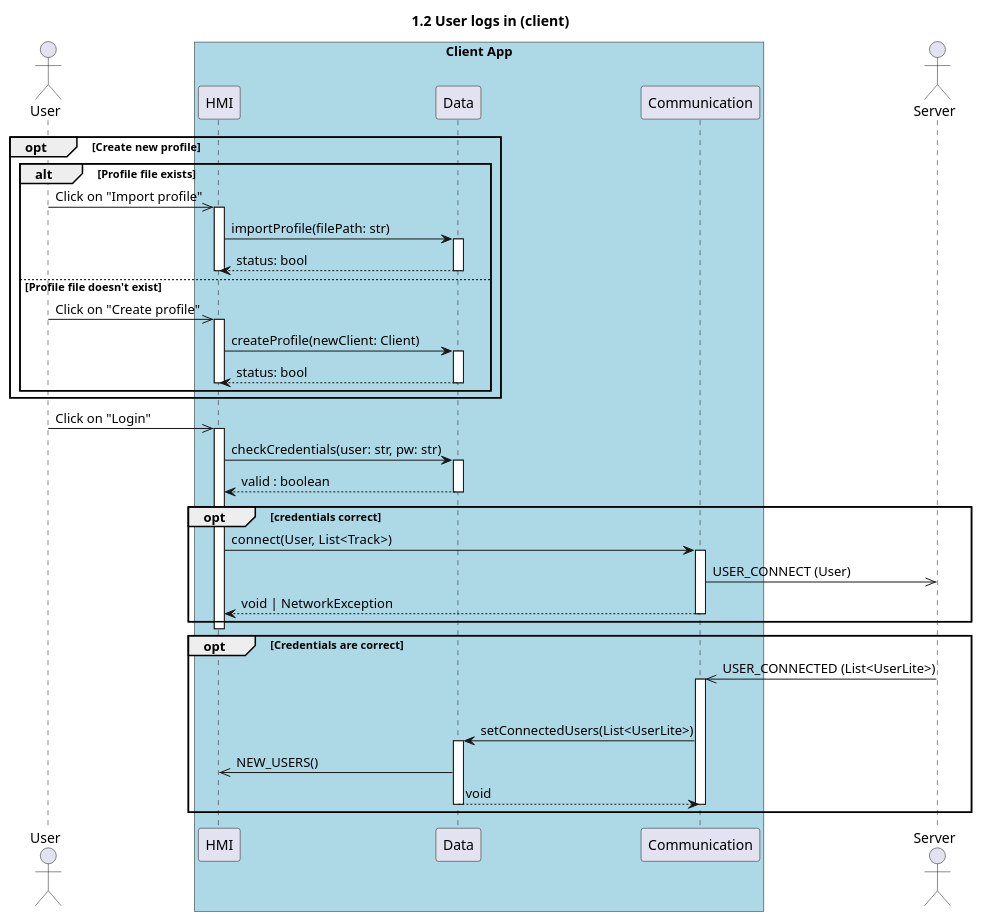
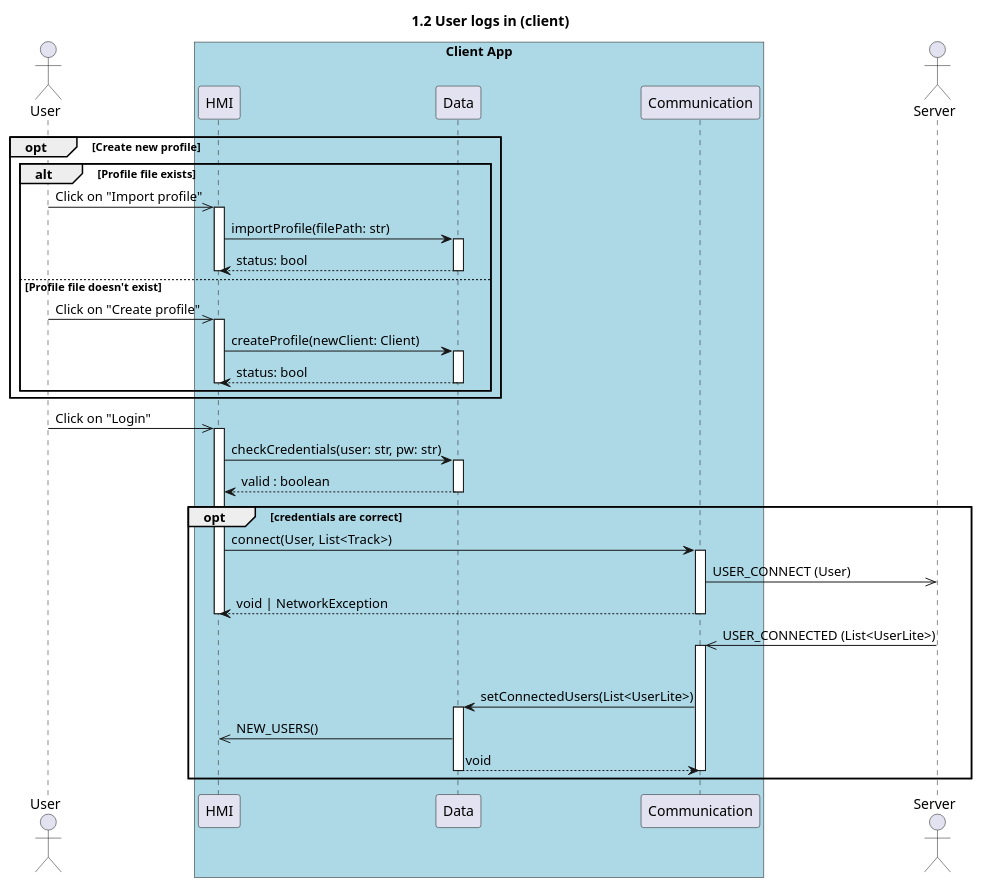
One commit to UTCAI12/Diagrams changed the diagram in sequence/1.2.user_logs_in_client.puml. Above: the diagram before and after it, drawn with PlantUML.

Commit message:
Merging two "opt" blocks

```diff
--- a/sequence/1.2.user_logs_in_client.puml
+++ b/sequence/1.2.user_logs_in_client.puml
@@ -1,49 +1,47 @@
 @startuml 1.2 User logs in (client)
 title 1.2 User logs in (client)
 
 actor "User" as user
 box "Client App" #LightBlue
     participant "HMI" as hmi
     participant "Data" as data
     participant "Communication" as com
 end box
 actor "Server" as server
 
 opt Create new profile 
     alt Profile file exists
         user ->> hmi++: Click on "Import profile"
         hmi -> data++: importProfile(filePath: str)
         return status: bool
         deactivate hmi 
     else Profile file doesn't exist
         user ->> hmi++: Click on "Create profile"
         hmi -> data++: createProfile(newClient: Client)
         return status: bool
         deactivate hmi
     end
 end
 
 
 
 user ->> hmi++: Click on "Login"
 hmi -> data++: checkCredentials(user: str, pw: str)
 return valid : boolean
 
-opt credentials correct
+opt credentials are correct
     hmi -> com++ : connect(User, List<Track>)
     com->>server: USER_CONNECT (User)
     return void | NetworkException
-end
 
-deactivate hmi
+    deactivate hmi
 
-opt Credentials are correct
     server ->> com++: USER_CONNECTED (List<UserLite>)
     deactivate server
     com->data++: setConnectedUsers(List<UserLite>)
     data->>hmi : NEW_USERS()
     return void
     deactivate com
 end
 
 @enduml
```
